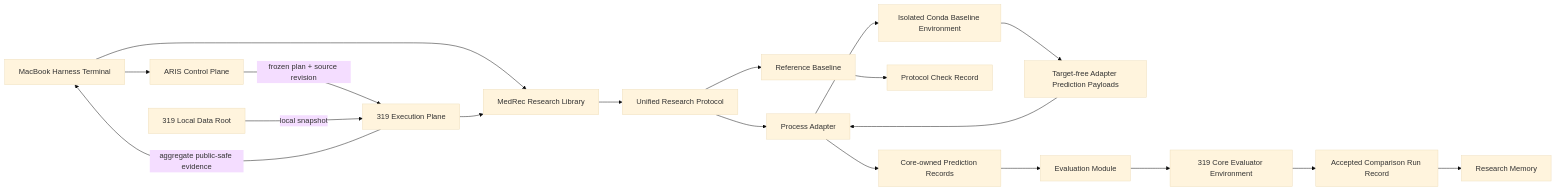
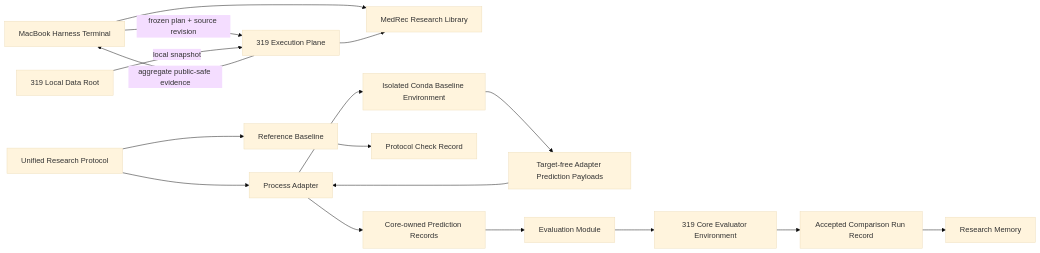
Before and after one commit to Aeonbrk/medrec-research: the diagram in ARCHITECTURE.md, drawn with Mermaid (base theme). The commit also changed other lines of this file and 236 other files, not shown here.

First line of the commit message:
refactor: strip ARIS workflow layer, absorb lessons into core toolkit

````diff
--- a/ARCHITECTURE.md
+++ b/ARCHITECTURE.md
@@ -7,21 +7,19 @@
 ```mermaid
 flowchart LR
-    Mac["MacBook Harness Terminal"] --> ARIS["ARIS Control Plane"]
-    ARIS -->|"frozen plan + source revision"| Remote["319 Execution Plane"]
+    Mac["MacBook Harness Terminal"] -->|"frozen plan + source revision"| Remote["319 Execution Plane"]
     Data["319 Local Data Root"] -->|"local snapshot"| Remote
     Remote -->|"aggregate public-safe evidence"| Mac
     Mac --> Core["MedRec Research Library"]
     Remote --> Core
-    Core --> Protocol["Unified Research Protocol"]
-    Protocol --> Reference["Reference Baseline"]
+    Protocol["Unified Research Protocol"] --> Reference["Reference Baseline"]
     Protocol --> Adapter["Process Adapter"]
     Adapter --> Conda["Isolated Conda Baseline Environment"]
     Reference --> Check["Protocol Check Record"]
     Conda --> Wire["Target-free Adapter Prediction Payloads"]
     Wire --> Adapter
     Adapter --> Prediction["Core-owned Prediction Records"]
     Prediction --> Evaluation["Evaluation Module"]
     Evaluation --> Evaluator["319 Core Evaluator Environment"]
     Evaluator --> Run["Accepted Comparison Run Record"]
     Run --> Memory["Research Memory"]
 ```
````
